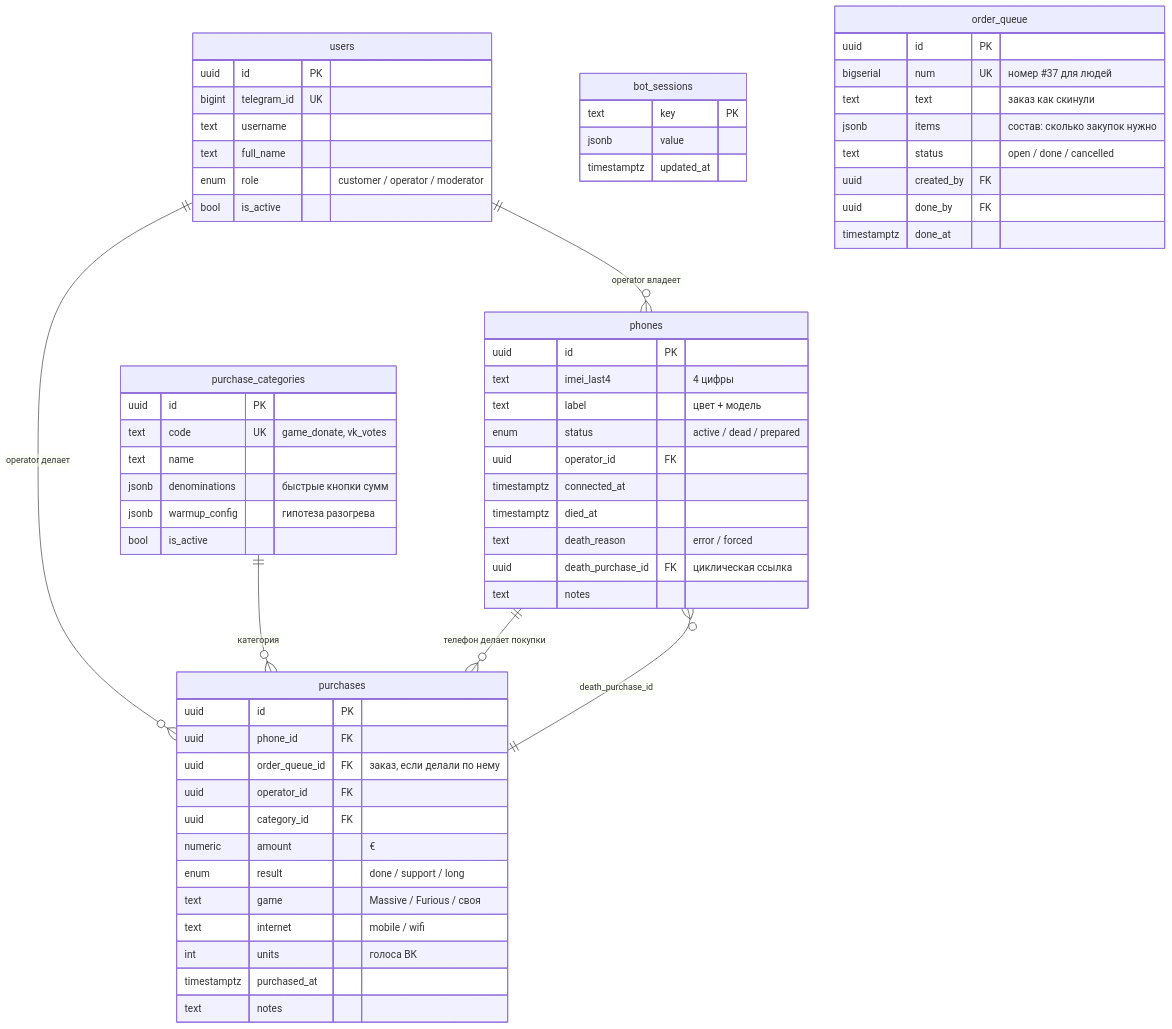
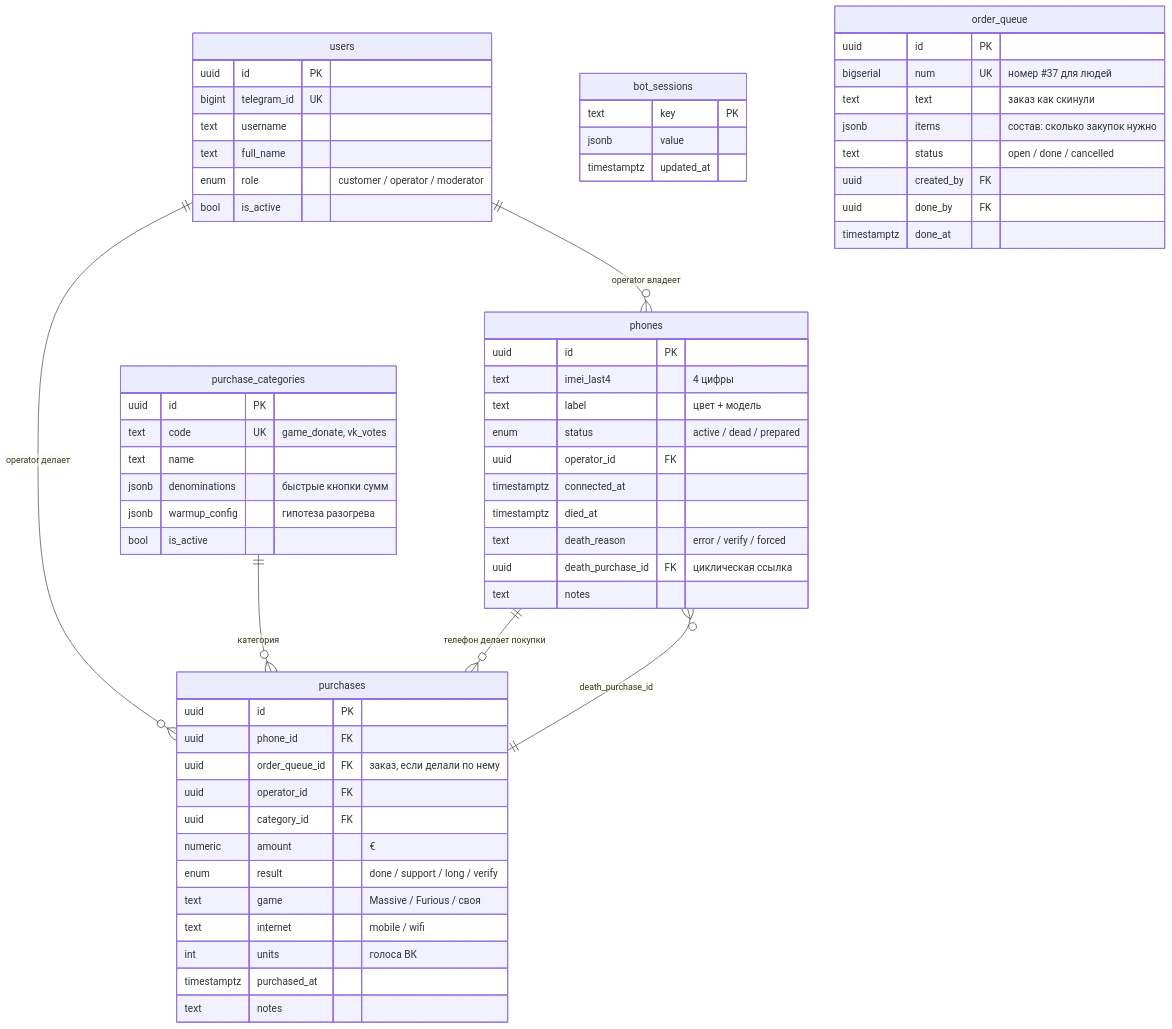
Before and after one commit to Diaman21/donat-system: the diagram in docs/db-schema.md, drawn with Mermaid. The commit also changed other lines of this file and 22 other files, not shown here.

````diff
--- a/docs/db-schema.md
+++ b/docs/db-schema.md
@@ -29,71 +31,71 @@
 ```mermaid
 erDiagram
     users ||--o{ purchases : "operator делает"
     users ||--o{ phones : "operator владеет"
     purchase_categories ||--o{ purchases : "категория"
     phones ||--o{ purchases : "телефон делает покупки"
     phones }o--|| purchases : "death_purchase_id"
 
     users {
         uuid id PK
         bigint telegram_id UK
         text username
         text full_name
         enum role "customer / operator / moderator"
         bool is_active
     }
 
     purchase_categories {
         uuid id PK
         text code UK "game_donate, vk_votes"
         text name
         jsonb denominations "быстрые кнопки сумм"
         jsonb warmup_config "гипотеза разогрева"
         bool is_active
     }
 
     phones {
         uuid id PK
         text imei_last4 "4 цифры"
         text label "цвет + модель"
         enum status "active / dead / prepared"
         uuid operator_id FK
         timestamptz connected_at
         timestamptz died_at
-        text death_reason "error / forced"
+        text death_reason "error / verify / forced"
         uuid death_purchase_id FK "циклическая ссылка"
         text notes
     }
 
     purchases {
         uuid id PK
         uuid phone_id FK
         uuid order_queue_id FK "заказ, если делали по нему"
         uuid operator_id FK
         uuid category_id FK
         numeric amount "€"
-        enum result "done / support / long"
+        enum result "done / support / long / verify"
         text game "Massive / Furious / своя"
         text internet "mobile / wifi"
         int units "голоса ВК"
         timestamptz purchased_at
         text notes
     }
 
     bot_sessions {
         text key PK
         jsonb value
         timestamptz updated_at
     }
 
     order_queue {
         uuid id PK
         bigserial num UK "номер #37 для людей"
         text text "заказ как скинули"
         jsonb items "состав: сколько закупок нужно"
         text status "open / done / cancelled"
         uuid created_by FK
         uuid done_by FK
         timestamptz done_at
     }
 ```
````
